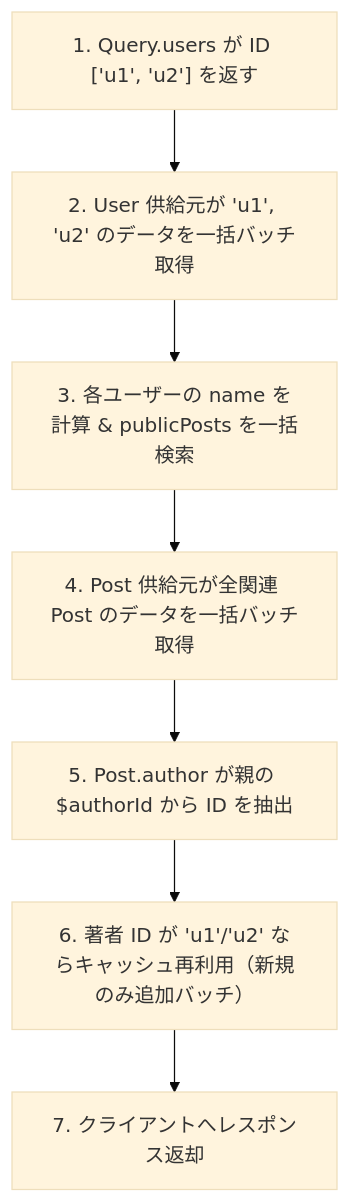
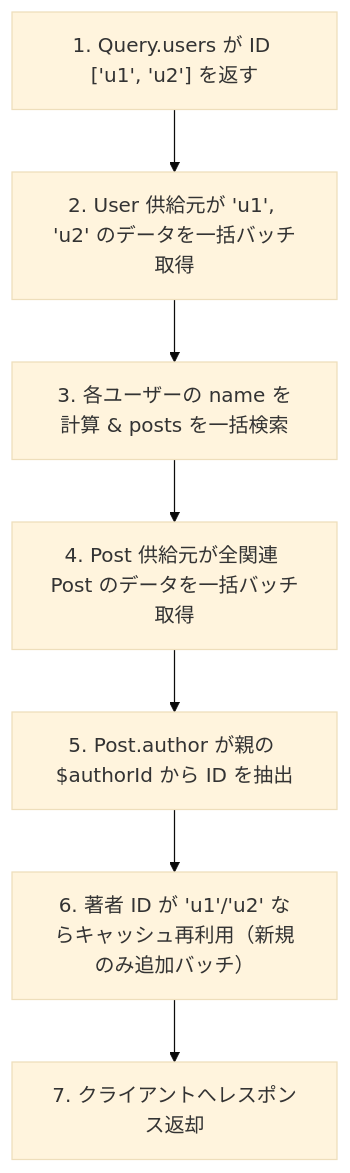
Before and after one commit to zeltjs/zelt: the third of 3 diagrams in website/i18n/ja/docusaurus-plugin-content-docs/current/graphql.md, drawn with Mermaid (base theme). The commit also changed other lines of this file and 8 other files, not shown here.

First line of the commit message:
fix(graphql): resolve fields declared in model types

````diff
--- a/website/i18n/ja/docusaurus-plugin-content-docs/current/graphql.md
+++ b/website/i18n/ja/docusaurus-plugin-content-docs/current/graphql.md
@@ -292,12 +273,12 @@
 ```mermaid
 flowchart TD
     Q["1. Query.users が ID ['u1', 'u2'] を返す"]
     M1["2. User 供給元が 'u1', 'u2' のデータを一括バッチ取得"]
-    F1["3. 各ユーザーの name を計算 & publicPosts を一括検索"]
+    F1["3. 各ユーザーの name を計算 & posts を一括検索"]
     M2["4. Post 供給元が全関連 Post のデータを一括バッチ取得"]
     R["5. Post.author が親の $authorId から ID を抽出"]
     Reuse["6. 著者 ID が 'u1'/'u2' ならキャッシュ再利用（新規のみ追加バッチ）"]
     Resp["7. クライアントへレスポンス返却"]
 
     Q --> M1 --> F1 --> M2 --> R --> Reuse --> Resp
 ```
````
